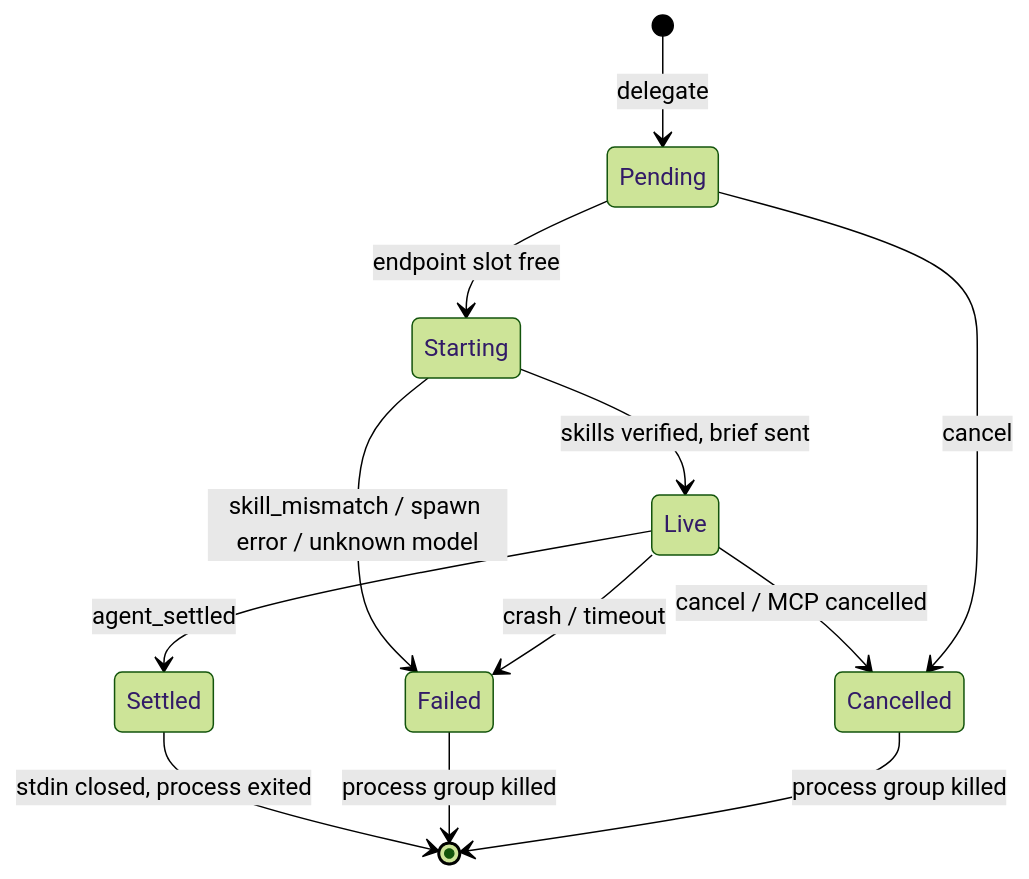
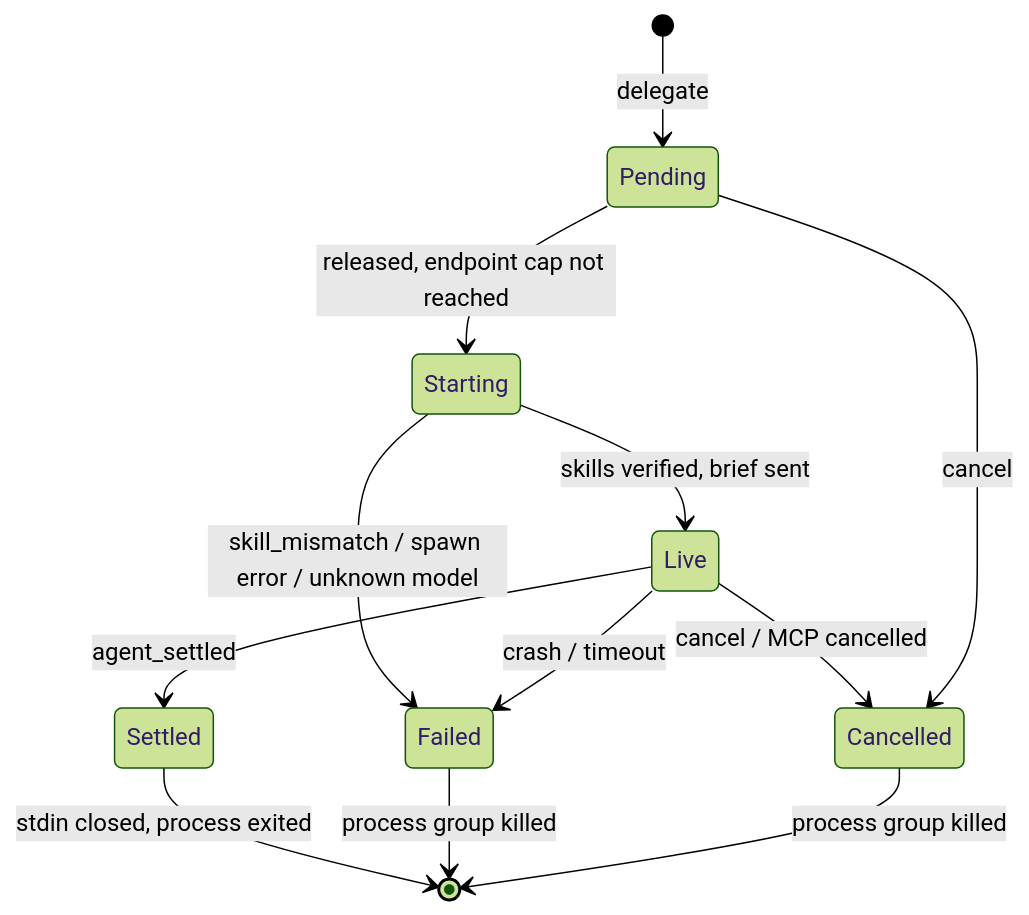
Before and after one commit to farhoud/sub0: the third of 4 diagrams in docs/plans/2026-11-02-1109-feat-subzero-spike-plan.md, drawn with Mermaid (forest theme). The commit also changed other lines of this file and 94 other files, not shown here.

````diff
--- a/docs/plans/2026-11-02-1109-feat-subzero-spike-plan.md
+++ b/docs/plans/2026-11-02-1109-feat-subzero-spike-plan.md
@@ -155,14 +155,14 @@
 ```mermaid
 stateDiagram-v2
   [*] --> Pending: delegate
-  Pending --> Starting: endpoint slot free
+  Pending --> Starting: released, endpoint cap not reached
   Starting --> Failed: skill_mismatch / spawn error / unknown model
   Starting --> Live: skills verified, brief sent
   Live --> Settled: agent_settled
   Live --> Failed: crash / timeout
   Live --> Cancelled: cancel / MCP cancelled
   Pending --> Cancelled: cancel
   Settled --> [*]: stdin closed, process exited
   Failed --> [*]: process group killed
   Cancelled --> [*]: process group killed
 ```
````
